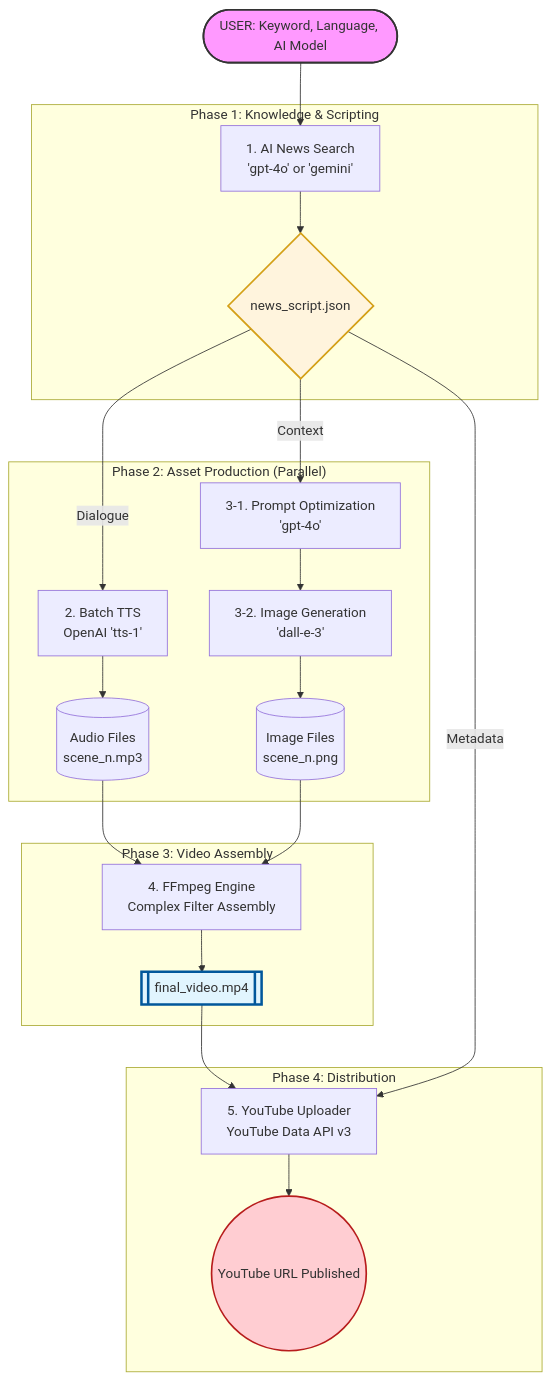
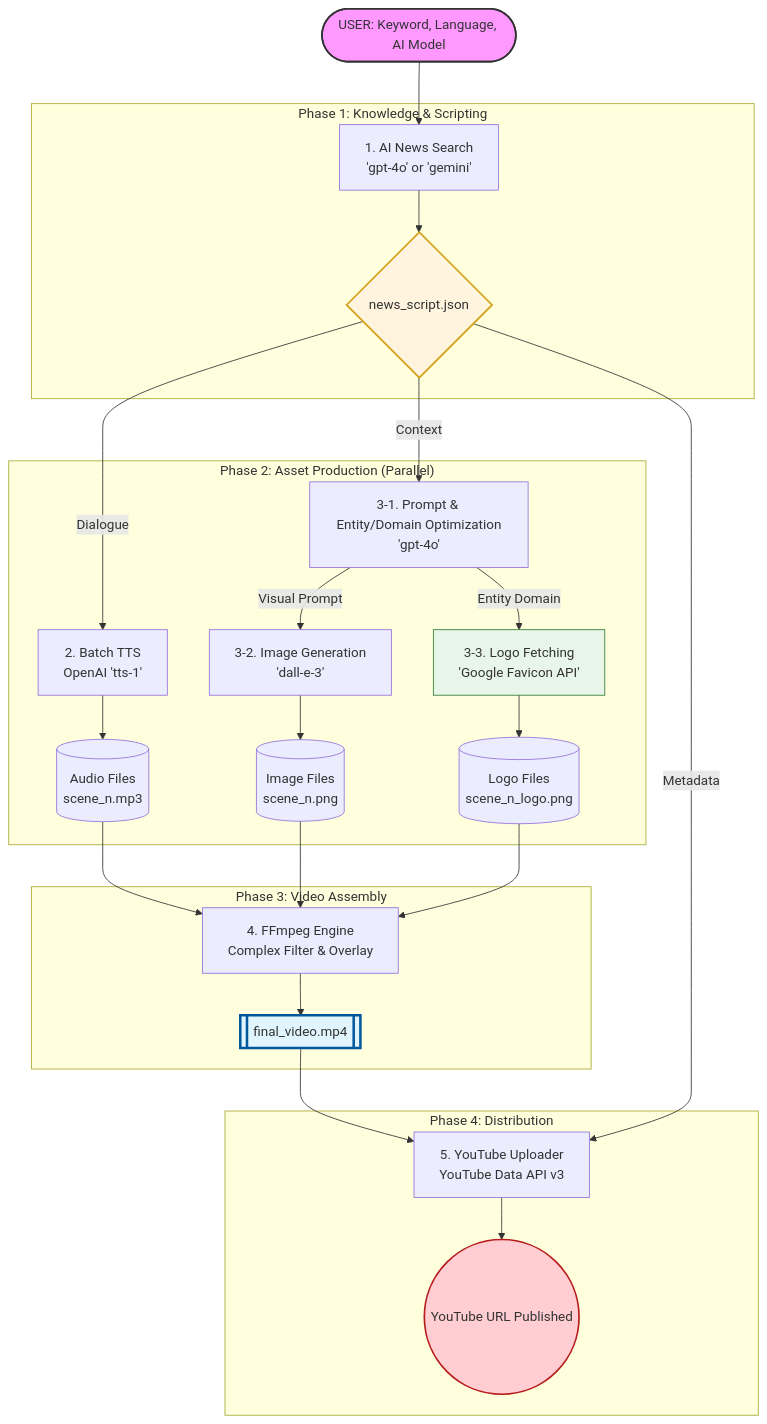
The diagram in DOCUMENTATION.md (tanminkwan/play-with-google), drawn with Mermaid before and after one commit. The commit also changed other lines of this file and 10 other files, not shown here.

Commit message:
feat: implement generalized hybrid entity extraction and logo overlay with centralized config & detailed docs

````diff
--- a/DOCUMENTATION.md
+++ b/DOCUMENTATION.md
@@ -7,41 +7,46 @@
 ```mermaid
 graph TD
     %% Input
     User([USER: Keyword, Language, AI Model]) --> ScriptGen
 
     %% Step 1: Script Generation
     subgraph "Phase 1: Knowledge & Scripting"
         ScriptGen[1. AI News Search<br/>'gpt-4o' or 'gemini'] 
         ScriptGen --> JSONData{news_script.json}
     end
 
     %% Step 2 & 3: Resource Generation (Parallel)
     subgraph "Phase 2: Asset Production (Parallel)"
         JSONData -->|Dialogue| TTSGen[2. Batch TTS<br/>OpenAI 'tts-1']
-        JSONData -->|Context| PromptOpt[3-1. Prompt Optimization<br/>'gpt-4o']
-        PromptOpt --> ImageGen[3-2. Image Generation<br/>'dall-e-3']
+        JSONData -->|Context| PromptOpt[3-1. Prompt & Entity/Domain Optimization<br/>'gpt-4o']
+        
+        PromptOpt -->|Visual Prompt| ImageGen[3-2. Image Generation<br/>'dall-e-3']
+        PromptOpt -->|Entity Domain| LogoFetch[3-3. Logo Fetching<br/>'Google Favicon API']
         
         TTSGen --> MP3Files[(Audio Files<br/>scene_n.mp3)]
         ImageGen --> PNGFiles[(Image Files<br/>scene_n.png)]
+        LogoFetch --> LogoFiles[(Logo Files<br/>scene_n_logo.png)]
     end
 
     %% Step 4: Assembly
     subgraph "Phase 3: Video Assembly"
-        MP3Files --> FFmpeg[4. FFmpeg Engine<br/>Complex Filter Assembly]
+        MP3Files --> FFmpeg[4. FFmpeg Engine<br/>Complex Filter & Overlay]
         PNGFiles --> FFmpeg
+        LogoFiles --> FFmpeg
         FFmpeg --> MasterVideo[[final_video.mp4]]
     end
 
     %% Step 5: Publication
     subgraph "Phase 4: Distribution"
         MasterVideo --> YTUpload[5. YouTube Uploader<br/>YouTube Data API v3]
         JSONData -->|Metadata| YTUpload
         YTUpload --> FinalResult((YouTube URL Published))
     end
 
     %% Styling
     style User fill:#f9f,stroke:#333,stroke-width:2px
     style JSONData fill:#fff4dd,stroke:#d4a017,stroke-width:2px
     style MasterVideo fill:#e1f5fe,stroke:#01579b,stroke-width:3px
     style FinalResult fill:#ffcdd2,stroke:#b71c1c,stroke-width:2px
+    style LogoFetch fill:#e8f5e9,stroke:#2e7d32,stroke-width:1px
 ```
````
